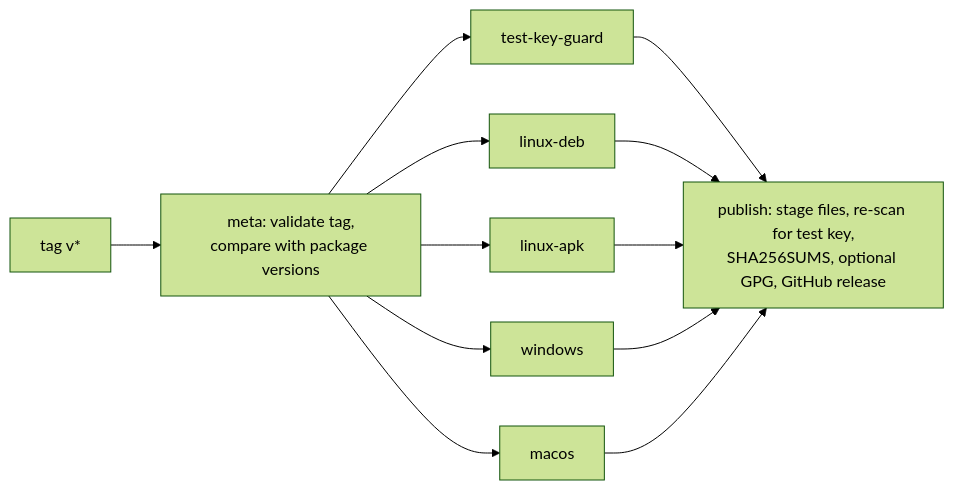
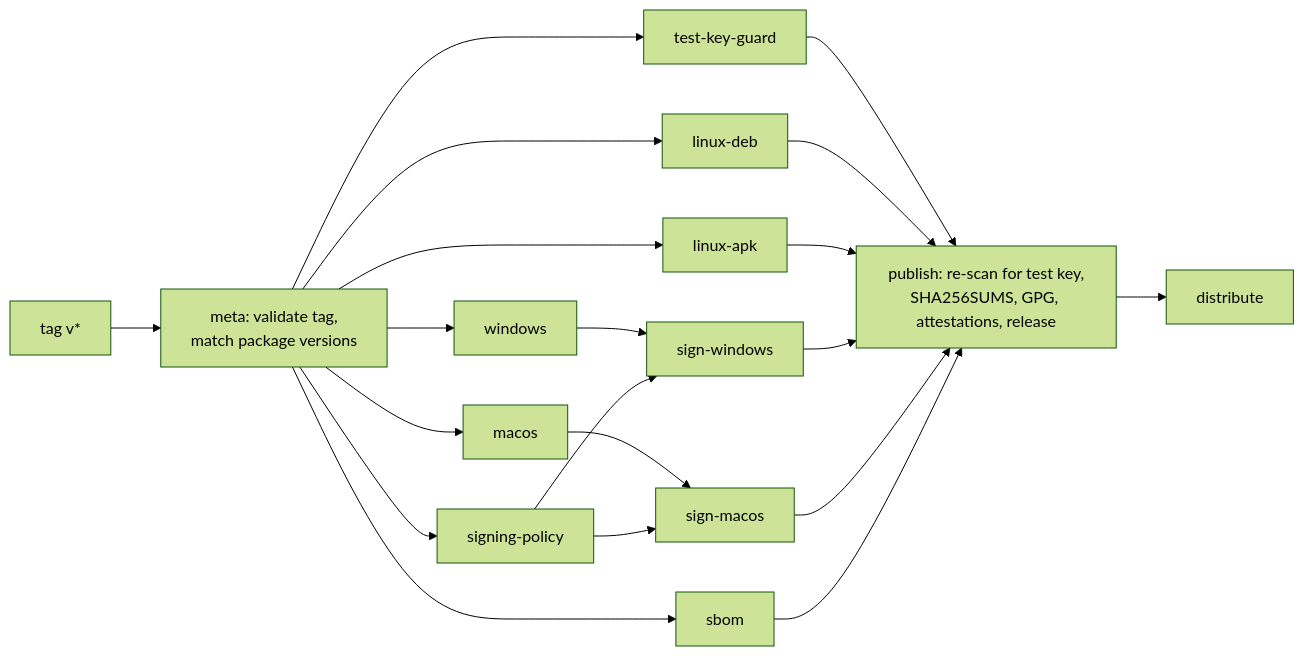
One commit to synthaea-lab/agent changed the diagram in docs/packaging.md. Above: the diagram before and after it, drawn with Mermaid (forest theme). The commit also changed other lines of this file and 14 other files, not shown here.

````diff
--- a/docs/packaging.md
+++ b/docs/packaging.md
@@ -166,7 +169,9 @@
 ```mermaid
 flowchart LR
-  T[tag v*] --> M[meta: validate tag,<br/>compare with package versions]
-  M --> G[test-key-guard]
-  M --> D[linux-deb] & A[linux-apk] & W[windows] & X[macos]
-  G & D & A & W & X --> P[publish: stage files, re-scan for test key,<br/>SHA256SUMS, optional GPG, GitHub release]
+  T[tag v*] --> M[meta: validate tag,<br/>match package versions]
+  M --> G[test-key-guard] & D[linux-deb] & A[linux-apk] & W[windows] & X[macos] & S[sbom] & SP[signing-policy]
+  W & SP --> SW[sign-windows]
+  X & SP --> SM[sign-macos]
+  G & D & A & SW & SM & S --> P[publish: re-scan for test key,<br/>SHA256SUMS, GPG, attestations, release]
+  P --> DI[distribute]
 ```
````
